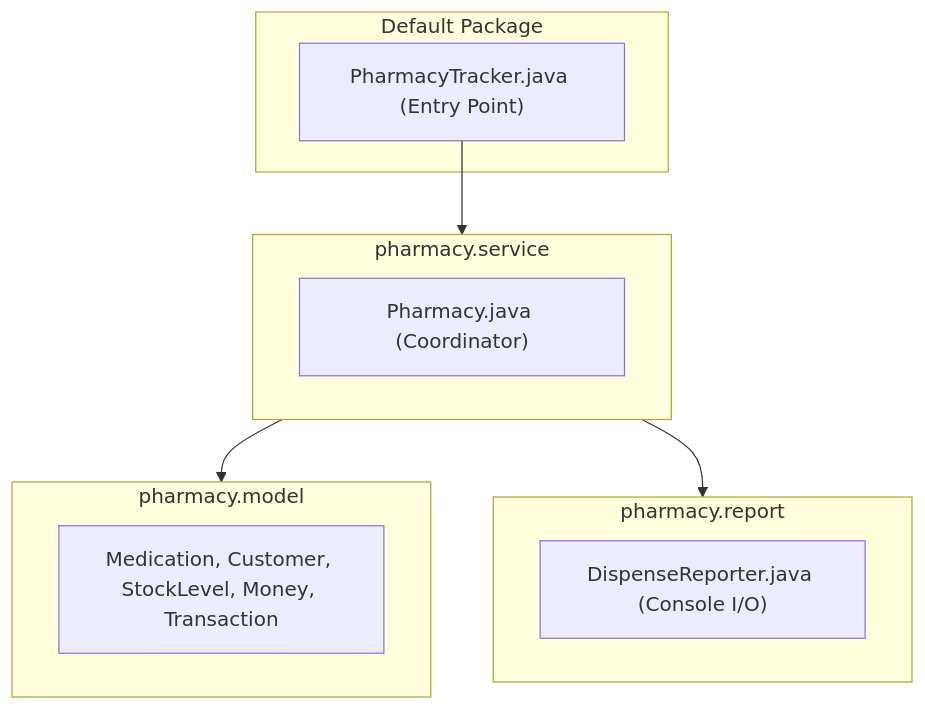
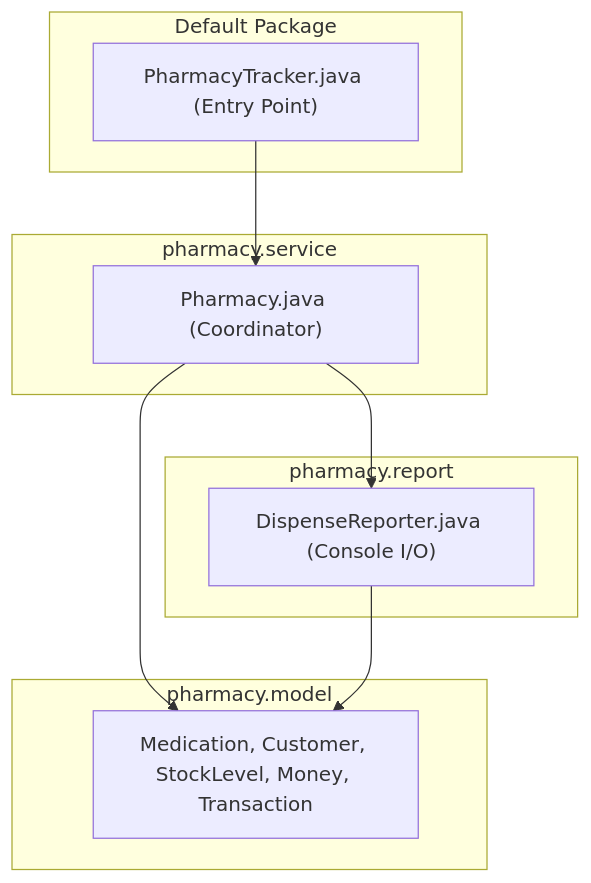
One commit to john-okyere-282/akosua-pharmacy-project changed the diagram in docs/decisions/ADR-007-package-layout.md. Above: the diagram before and after it, drawn with Mermaid. The commit also changed 8 other files, not shown here.

Commit message:
docs: fix Mermaid syntax errors and overhaul README with old/new architecture and ADR rationales

````diff
--- a/docs/decisions/ADR-007-package-layout.md
+++ b/docs/decisions/ADR-007-package-layout.md
@@ -16,18 +16,19 @@
 ```mermaid
 flowchart TD
     subgraph Root["Default Package"]
         Tracker["PharmacyTracker.java (Entry Point)"]
     end
     subgraph Service["pharmacy.service"]
         Pharm["Pharmacy.java (Coordinator)"]
     end
     subgraph Model["pharmacy.model"]
         Meds["Medication, Customer, StockLevel, Money, Transaction"]
     end
     subgraph Report["pharmacy.report"]
         Rep["DispenseReporter.java (Console I/O)"]
     end
-    Tracker --> Service
-    Service --> Model
-    Service --> Report
+    Tracker --> Pharm
+    Pharm --> Meds
+    Pharm --> Rep
+    Rep --> Meds
 ```
````
